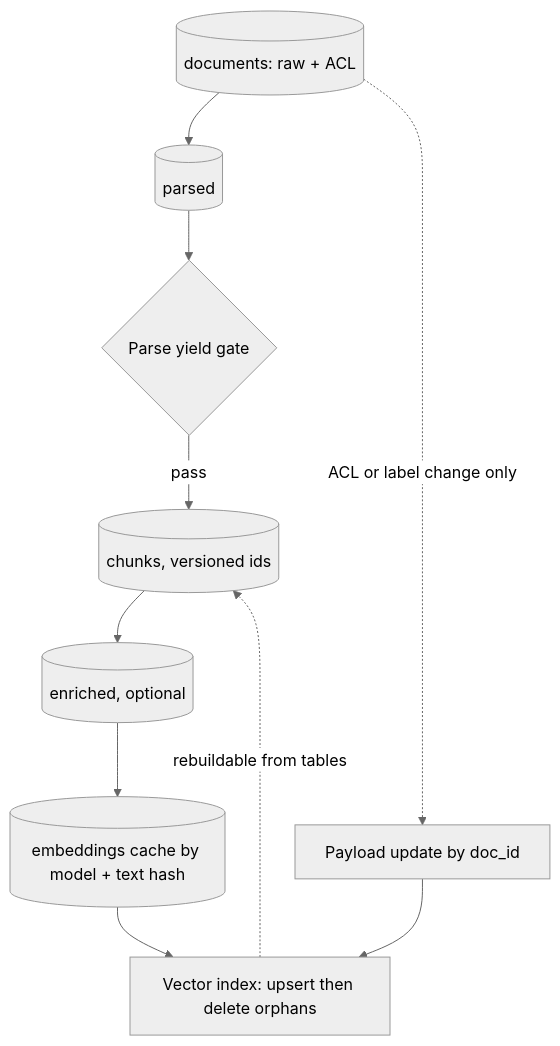
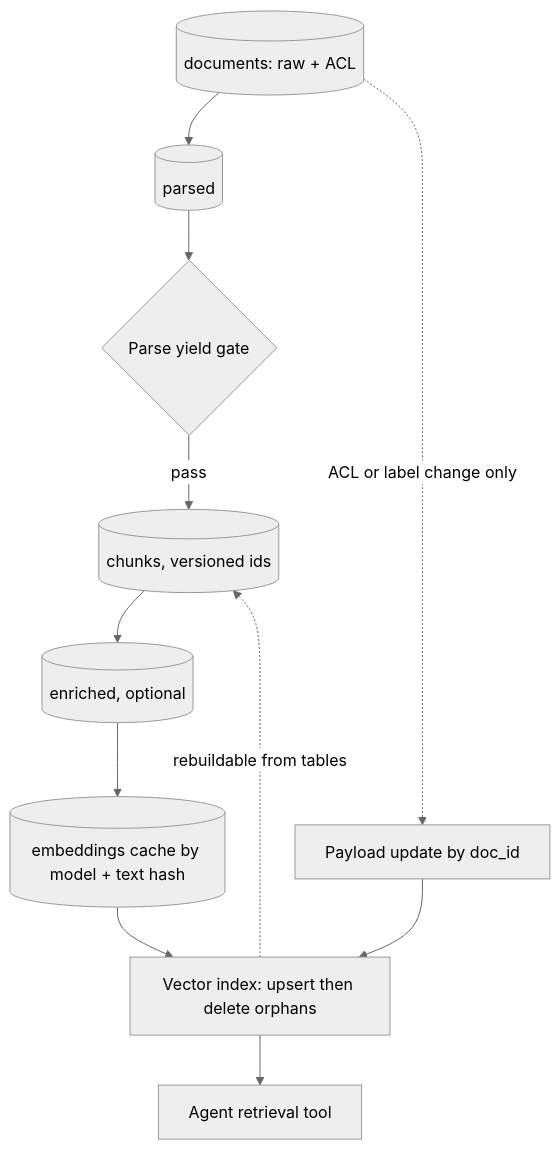
One commit to lovishmahajan97/agentic-learning changed the diagram in content/data-architecture/etl-elt-for-rag.md. Above: the diagram before and after it, drawn with Mermaid (neutral theme). The commit also changed other lines of this file and 485 other files, not shown here.

````diff
--- a/content/data-architecture/etl-elt-for-rag.md
+++ b/content/data-architecture/etl-elt-for-rag.md
@@ -124,12 +148,13 @@
 ```mermaid
 flowchart TD
     D[("documents: raw + ACL")] --> P[("parsed")]
     P --> G1{"Parse yield gate"}
     G1 -->|"pass"| C[("chunks, versioned ids")]
     C --> E[("enriched, optional")]
     E --> M[("embeddings cache by model + text hash")]
     M --> I["Vector index: upsert then delete orphans"]
     D -.->|"ACL or label change only"| U["Payload update by doc_id"]
     U --> I
     I -.->|"rebuildable from tables"| C
+    I --> T["Agent retrieval tool"]
 ```
````
